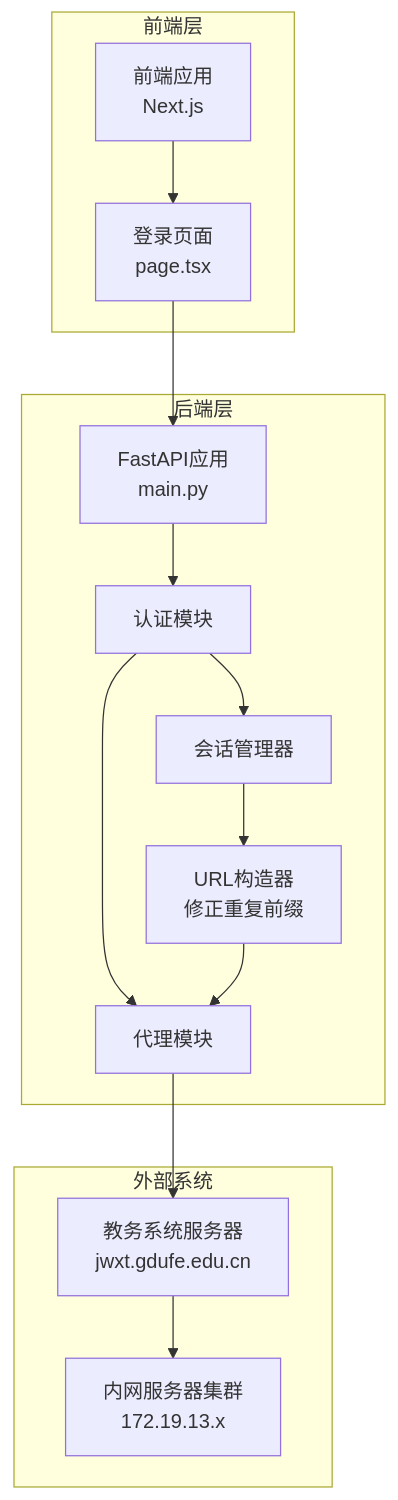
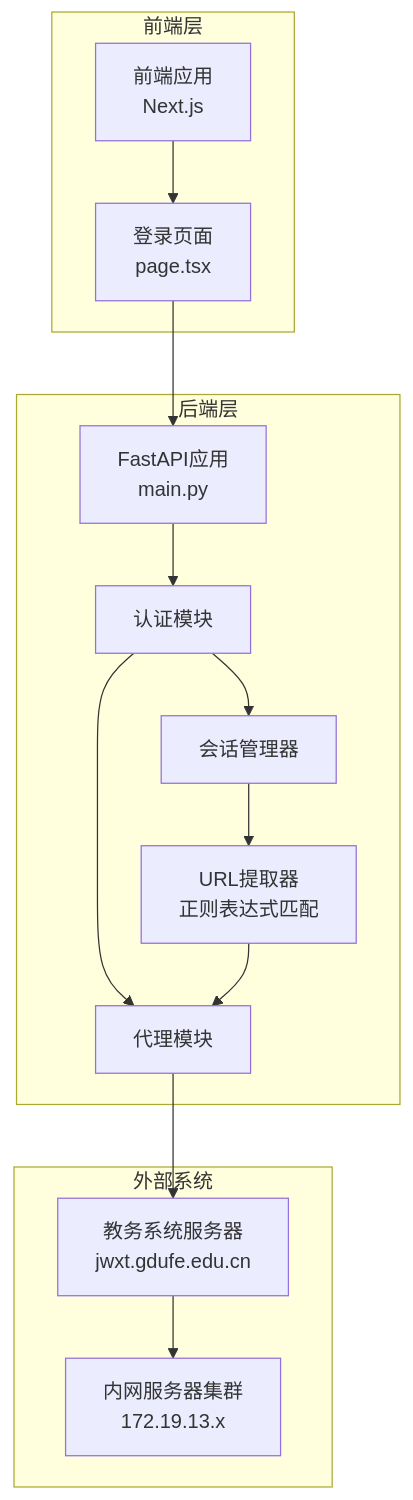
One commit to ghbbn053-ship-itsoulddog/soulddog changed the first of 6 diagrams in .qoder/repowiki/zh/content/后端API文档/用户认证API.md. Above: the diagram before and after it, drawn with Mermaid. The commit also changed other lines of this file and 10 other files, not shown here.

````diff
--- a/.qoder/repowiki/zh/content/后端API文档/用户认证API.md
+++ b/.qoder/repowiki/zh/content/后端API文档/用户认证API.md
@@ -48,27 +48,27 @@
 ```mermaid
 graph TB
 subgraph "前端层"
 FE[前端应用<br/>Next.js]
 Login[登录页面<br/>page.tsx]
 end
 subgraph "后端层"
 API[FastAPI应用<br/>main.py]
 Auth[认证模块]
 Proxy[代理模块]
 SessionMgr[会话管理器]
-URLBuilder[URL构造器<br/>修正重复前缀]
+URLExtractor[URL提取器<br/>正则表达式匹配]
 end
 subgraph "外部系统"
 JWXT[教务系统服务器<br/>jwxt.gdufe.edu.cn]
 Servers[内网服务器集群<br/>172.19.13.x]
 end
 FE --> Login
 Login --> API
 API --> Auth
 Auth --> Proxy
 Auth --> SessionMgr
-SessionMgr --> URLBuilder
+SessionMgr --> URLExtractor
 Proxy --> JWXT
 JWXT --> Servers
-URLBuilder --> Proxy
+URLExtractor --> Proxy
 ```
````
